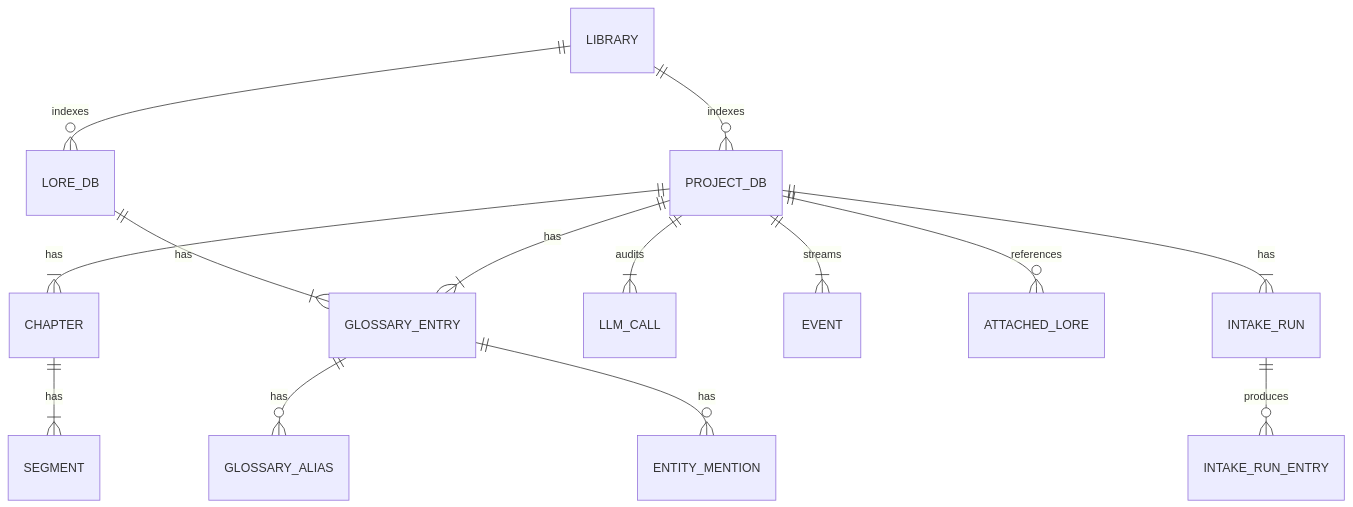
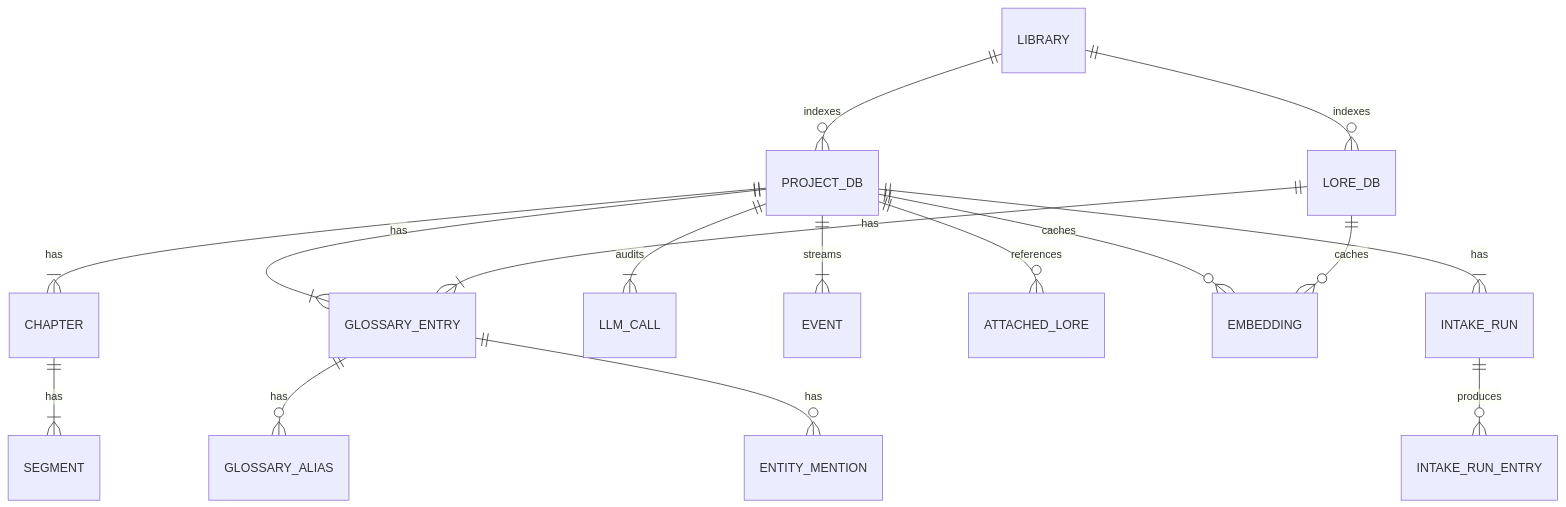
Before and after one commit to madpin/epublate-js: the second of 7 diagrams in docs/ARCHITECTURE.md, drawn with Mermaid. The commit also changed other lines of this file and 59 other files, not shown here.

````diff
--- a/docs/ARCHITECTURE.md
+++ b/docs/ARCHITECTURE.md
@@ -183,16 +183,18 @@
 ```mermaid
 erDiagram
   LIBRARY ||--o{ PROJECT_DB : indexes
   LIBRARY ||--o{ LORE_DB : indexes
   PROJECT_DB ||--|{ CHAPTER : has
   CHAPTER ||--|{ SEGMENT : has
   PROJECT_DB ||--|{ GLOSSARY_ENTRY : has
   GLOSSARY_ENTRY ||--o{ GLOSSARY_ALIAS : has
   GLOSSARY_ENTRY ||--o{ ENTITY_MENTION : has
   PROJECT_DB ||--|{ LLM_CALL : audits
   PROJECT_DB ||--|{ EVENT : streams
   PROJECT_DB ||--o{ ATTACHED_LORE : references
+  PROJECT_DB ||--o{ EMBEDDING : caches
   LORE_DB ||--|{ GLOSSARY_ENTRY : has
+  LORE_DB ||--o{ EMBEDDING : caches
   PROJECT_DB ||--|{ INTAKE_RUN : has
   INTAKE_RUN ||--o{ INTAKE_RUN_ENTRY : produces
 ```
````
